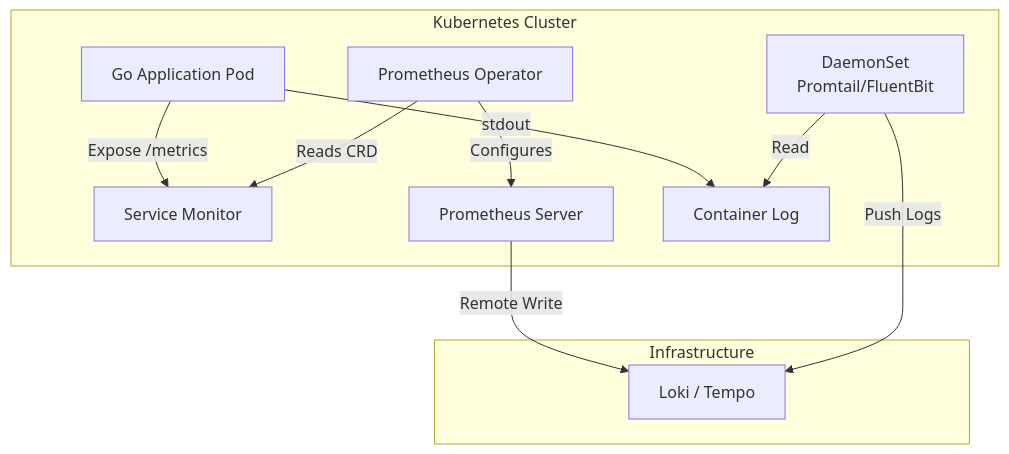
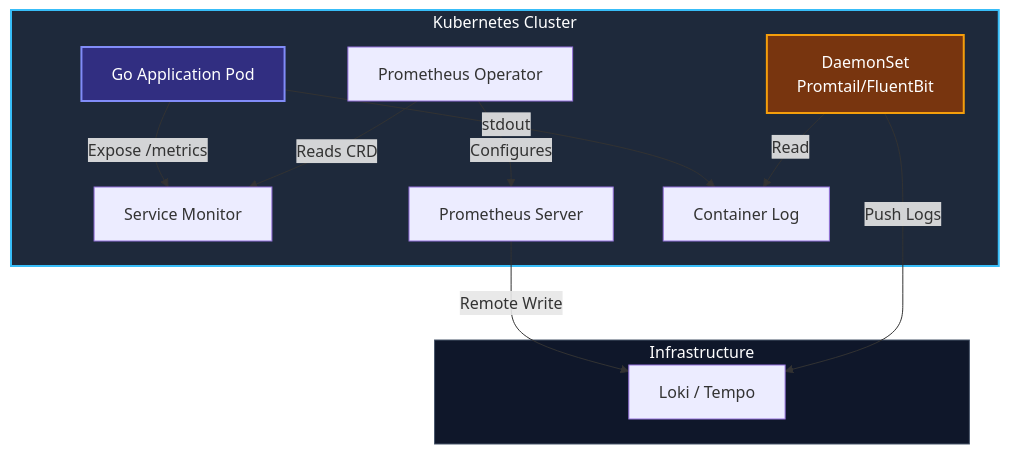
One commit to UnrealTemplier/go-textbook changed the diagram in sources/18. Observability (Мониторинг и наблюдаемость)/05. Практика/5. Observability в Kubernetes.md. Above: the diagram before and after it, drawn with Mermaid. The commit also changed other lines of this file, not shown here.

````diff
--- a/sources/18. Observability (Мониторинг и наблюдаемость)/05. Практика/5. Observability в Kubernetes.md
+++ b/sources/18. Observability (Мониторинг и наблюдаемость)/05. Практика/5. Observability в Kubernetes.md
@@ -11,18 +27,23 @@
 ```mermaid
 flowchart TD
     subgraph A ["Kubernetes Cluster"]
         A1["Go Application Pod"] -->|"Expose /metrics"| A2["Service Monitor"]
         A3["Prometheus Operator"] -->|"Reads CRD"| A2
         A3 -->|"Configures"| A4["Prometheus Server"]
         
         A1 -->|"stdout"| A5["Container Log"]
         A6["DaemonSet<br>Promtail/FluentBit"] -->|"Read"| A5
     end
 
     subgraph B ["Infrastructure"]
         B1["Loki / Tempo"]
     end
 
     A4 -->|"Remote Write"| B1
     A6 -->|"Push Logs"| B1
+
+    style A fill:#1e293b,stroke:#38bdf8,stroke-width:2px,color:#fff
+    style A1 fill:#312e81,stroke:#818cf8,stroke-width:2px,color:#fff
+    style A6 fill:#78350f,stroke:#f59e0b,stroke-width:2px,color:#fff
+    style B fill:#0f172a,stroke:#475569,stroke-width:1px,color:#fff
 ```
````
